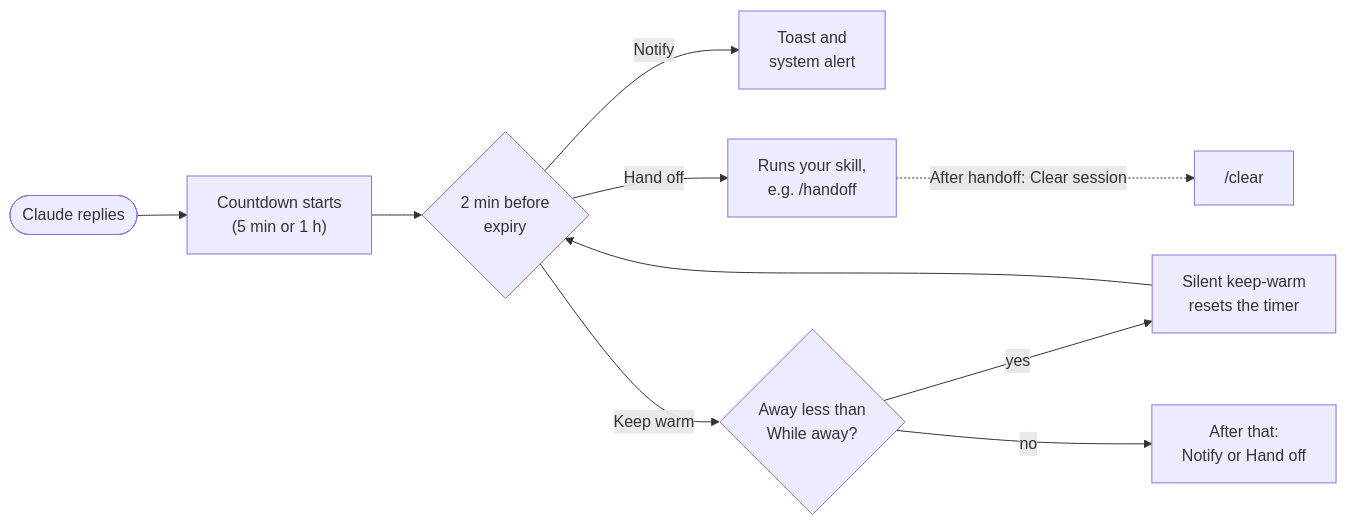
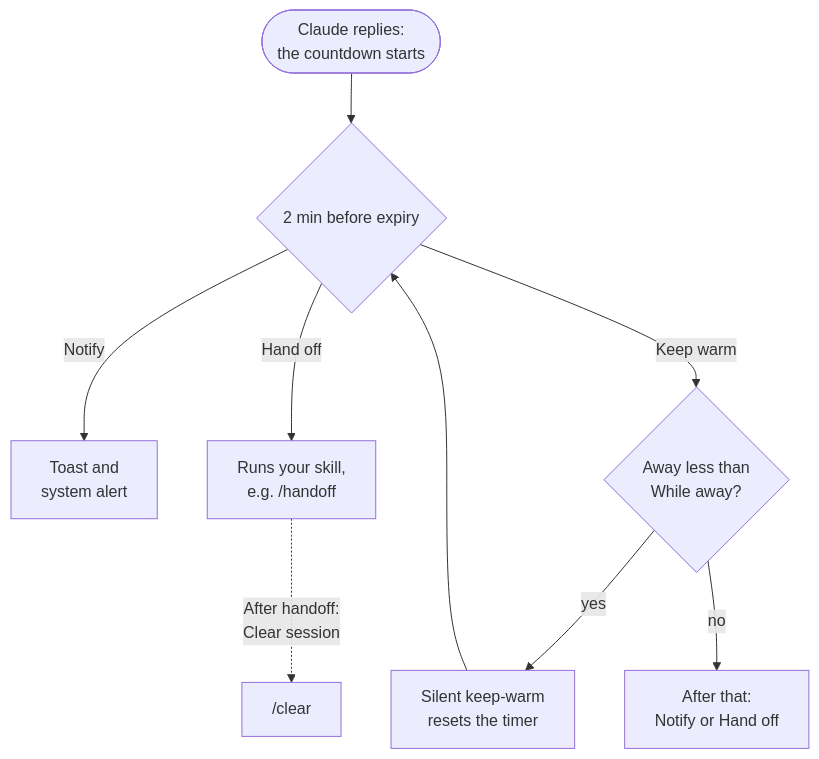
Before and after one commit to ossianravn/cc-cache-expiry-handoff: the diagram in README.md, drawn with Mermaid.

Commit message:
README: top-down flow diagram

````diff
--- a/README.md
+++ b/README.md
@@ -77,12 +77,11 @@
 ```mermaid
-flowchart LR
-  A(["Claude replies"]) --> B["Countdown starts<br/>(5 min or 1 h)"]
-  B --> C{"2 min before<br/>expiry"}
+flowchart TD
+  A(["Claude replies:<br/>the countdown starts"]) --> C{"2 min before expiry"}
   C -->|Notify| D["Toast and<br/>system alert"]
   C -->|Hand off| E["Runs your skill,<br/>e.g. /handoff"]
   C -->|Keep warm| F{"Away less than<br/>While away?"}
   F -->|yes| G["Silent keep-warm<br/>resets the timer"]
   G --> C
   F -->|no| H["After that:<br/>Notify or Hand off"]
-  E -.->|"After handoff: Clear session"| I["/clear"]
+  E -.->|"After handoff:<br/>Clear session"| I["/clear"]
 ```
````
